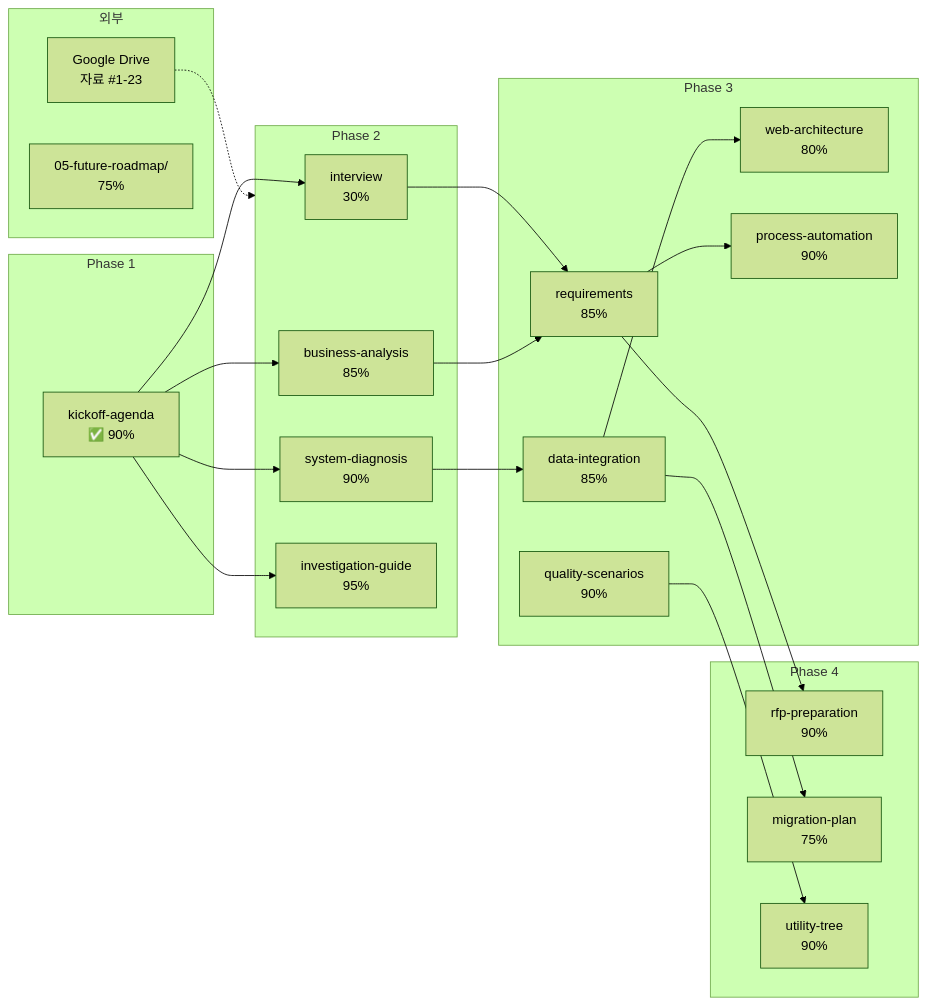
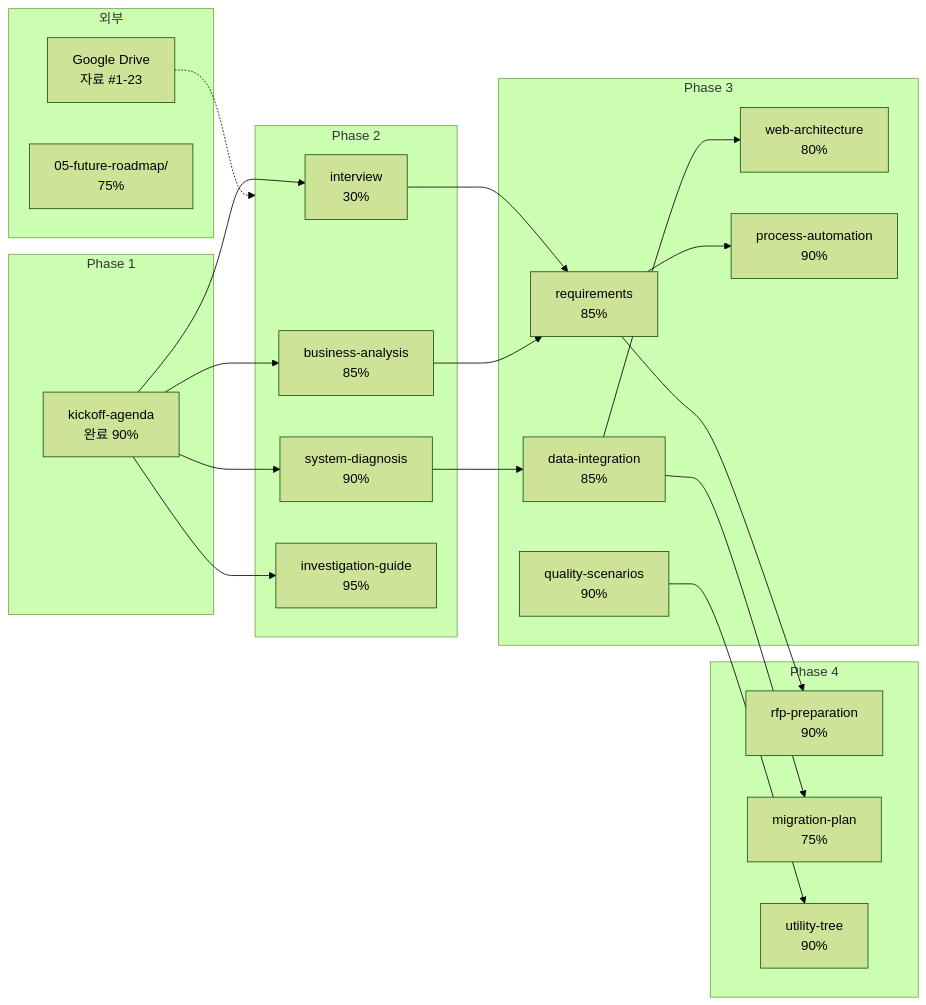
One commit to sknkwoxs/manual-book changed the second of 2 diagrams in src/content/docs/goodthinking-isp/appendix/backlog.md. Above: the diagram before and after it, drawn with Mermaid (forest theme). The commit also changed other lines of this file and 38 other files, not shown here.

````diff
--- a/src/content/docs/goodthinking-isp/appendix/backlog.md
+++ b/src/content/docs/goodthinking-isp/appendix/backlog.md
@@ -484,50 +484,50 @@
 ```mermaid
 flowchart LR
     subgraph P1["Phase 1"]
-        kickoff["kickoff-agenda<br/>✅ 90%"]
+        kickoff["kickoff-agenda<br/>완료 90%"]
     end
 
     subgraph P2["Phase 2"]
         interview["interview<br/>30%"]
         ba["business-analysis<br/>85%"]
         sd["system-diagnosis<br/>90%"]
         ig["investigation-guide<br/>95%"]
     end
 
     subgraph P3["Phase 3"]
         req["requirements<br/>85%"]
         di["data-integration<br/>85%"]
         wa["web-architecture<br/>80%"]
         qs["quality-scenarios<br/>90%"]
         pa["process-automation<br/>90%"]
     end
 
     subgraph P4["Phase 4"]
         rfp["rfp-preparation<br/>90%"]
         mp["migration-plan<br/>75%"]
         ut["utility-tree<br/>90%"]
     end
 
     subgraph EXT["외부"]
         gdrive["Google Drive<br/>자료 #1-23"]
         future["05-future-roadmap/<br/>75%"]
     end
 
     kickoff --> interview
     kickoff --> ba
     kickoff --> sd
     kickoff --> ig
 
     interview --> req
     ba --> req
     req --> rfp
     req --> pa
 
     sd --> di
     di --> mp
     di --> wa
 
     qs --> ut
 
     gdrive -.-> P2
 ```
````
